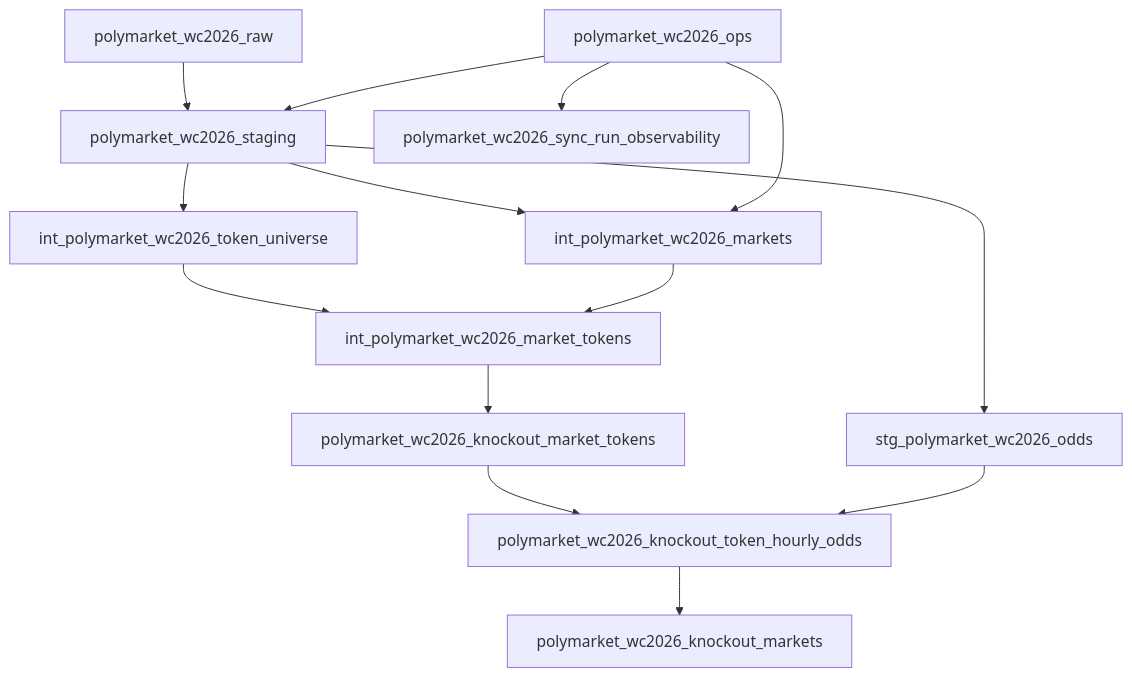
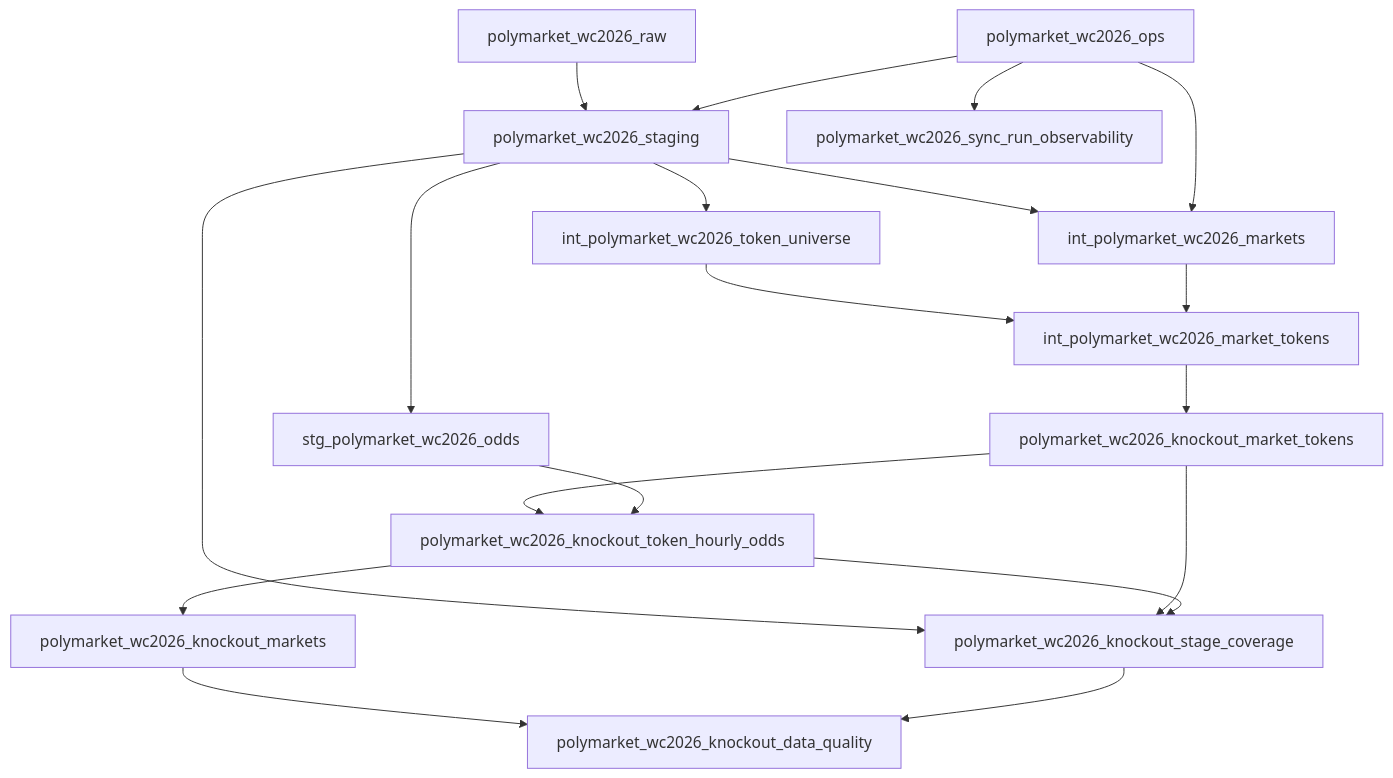
Before and after one commit to hypertrial/oddsfox-pipeline: the second of 2 diagrams in docs/architecture.md, drawn with Mermaid. The commit also changed other lines of this file and 20 other files, not shown here.

Commit message:
Expose WC2026 knockout data quality status

````diff
--- a/docs/architecture.md
+++ b/docs/architecture.md
@@ -52,16 +52,21 @@
 ```mermaid
 flowchart TD
     raw["polymarket_wc2026_raw"] --> staging["polymarket_wc2026_staging"]
     ops["polymarket_wc2026_ops"] --> staging
     staging --> token_universe["int_polymarket_wc2026_token_universe"]
     staging --> wc2026_markets_int["int_polymarket_wc2026_markets"]
     staging --> odds["stg_polymarket_wc2026_odds"]
     ops --> wc2026_markets_int
     token_universe --> wc2026_tokens["int_polymarket_wc2026_market_tokens"]
     wc2026_markets_int --> wc2026_tokens
     wc2026_tokens --> knockout_tokens["polymarket_wc2026_knockout_market_tokens"]
     knockout_tokens --> knockout_hourly["polymarket_wc2026_knockout_token_hourly_odds"]
     odds --> knockout_hourly
     knockout_hourly --> knockout_markets["polymarket_wc2026_knockout_markets"]
+    staging --> stage_coverage["polymarket_wc2026_knockout_stage_coverage"]
+    knockout_tokens --> stage_coverage
+    knockout_hourly --> stage_coverage
+    knockout_markets --> data_quality["polymarket_wc2026_knockout_data_quality"]
+    stage_coverage --> data_quality
     ops --> observability["polymarket_wc2026_sync_run_observability"]
 ```
````
